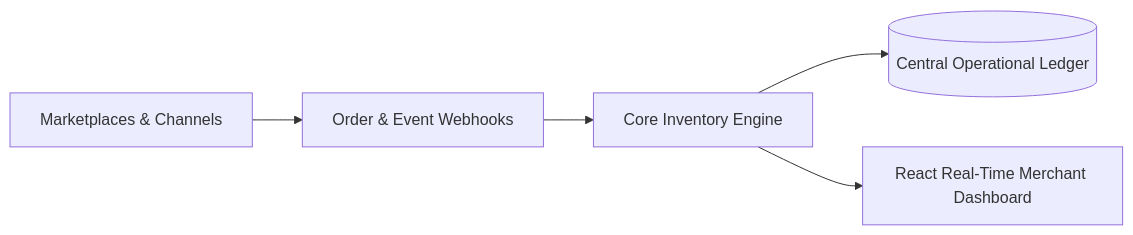
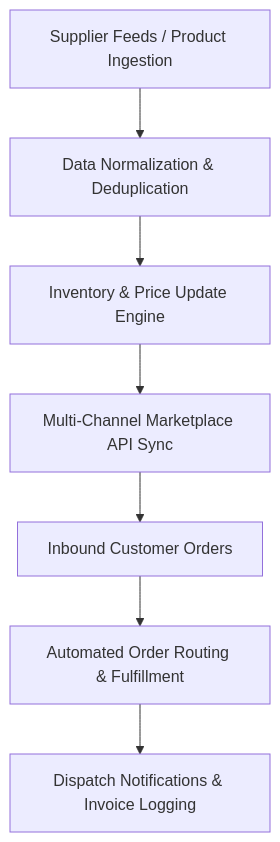
One commit to sohailahmed-bsrh/ecomerce-automation changed the diagram in README.md. Above: the diagram before and after it, drawn with Mermaid. The commit also changed other lines of this file, not shown here.

````diff
--- a/README.md
+++ b/README.md
@@ -30,7 +88,9 @@
 ```mermaid
-flowchart LR
-    Channels[Marketplaces & Channels] --> Webhooks[Order & Event Webhooks]
-    Webhooks --> SyncEngine[Core Inventory Engine]
-    SyncEngine --> Database[(Central Operational Ledger)]
-    SyncEngine --> Dashboard[React Real-Time Merchant Dashboard]
+flowchart TD
+    A[Supplier Feeds / Product Ingestion] --> B[Data Normalization & Deduplication]
+    B --> C[Inventory & Price Update Engine]
+    C --> D[Multi-Channel Marketplace API Sync]
+    D --> E[Inbound Customer Orders]
+    E --> F[Automated Order Routing & Fulfillment]
+    F --> G[Dispatch Notifications & Invoice Logging]
 ```
````
